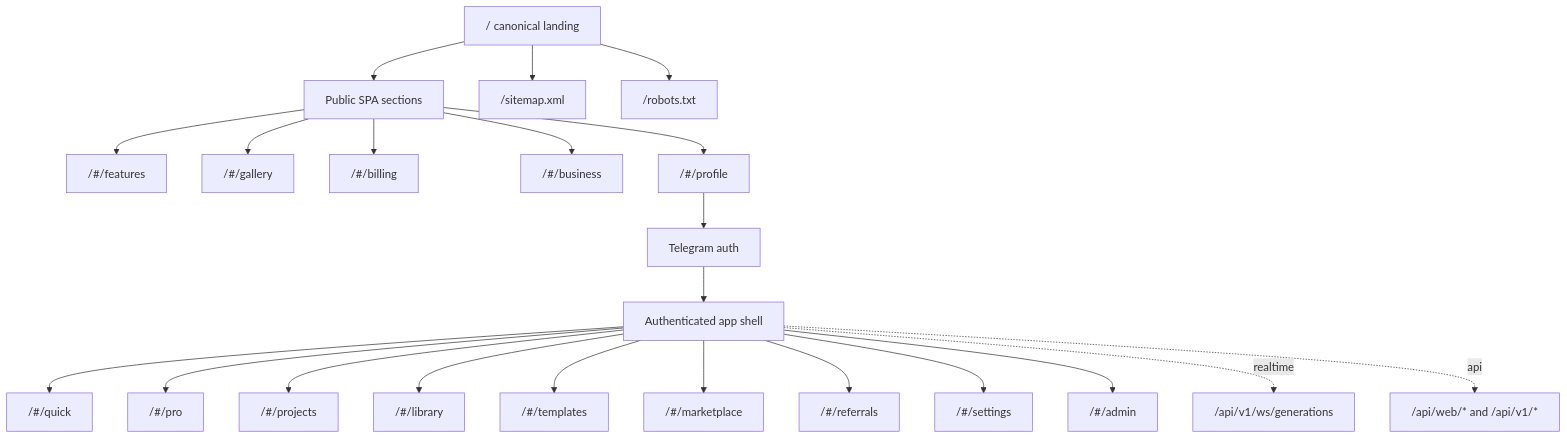
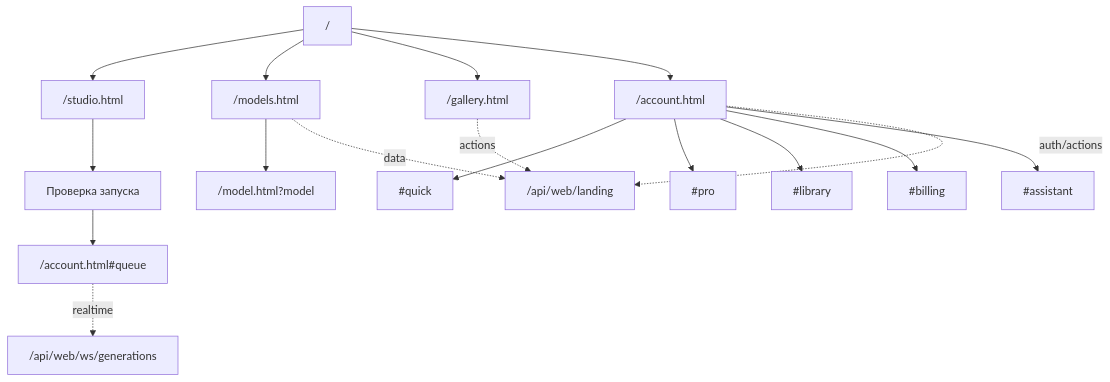
Before and after one commit to Bambale0/lena_bot: the diagram in artflow/docs/current_sitemap.md, drawn with Mermaid. The commit also changed other lines of this file and 67 other files, not shown here.

````diff
--- a/artflow/docs/current_sitemap.md
+++ b/artflow/docs/current_sitemap.md
@@ -53,26 +54,22 @@
 ```mermaid
 flowchart TD
-    root["/ canonical landing"] --> public["Public SPA sections"]
-    public --> features["/#/features"]
-    public --> gallery["/#/gallery"]
-    public --> billing["/#/billing"]
-    public --> business["/#/business"]
-    public --> profile["/#/profile"]
+    root["/"] --> studio["/studio.html"]
+    root --> models["/models.html"]
+    models --> model["/model.html?model"]
+    root --> gallery["/gallery.html"]
+    root --> account["/account.html"]
 
-    profile --> auth["Telegram auth"]
-    auth --> app["Authenticated app shell"]
-    app --> quick["/#/quick"]
-    app --> pro["/#/pro"]
-    app --> projects["/#/projects"]
-    app --> library["/#/library"]
-    app --> templates["/#/templates"]
-    app --> marketplace["/#/marketplace"]
-    app --> referrals["/#/referrals"]
-    app --> settings["/#/settings"]
-    app --> admin["/#/admin"]
+    studio --> review["Проверка запуска"]
+    review --> queue["/account.html#queue"]
 
-    root --> sitemap["/sitemap.xml"]
-    root --> robots["/robots.txt"]
-    app -. realtime .-> ws["/api/v1/ws/generations"]
-    app -. api .-> api["/api/web/* and /api/v1/*"]
+    account --> quick["#quick"]
+    account --> pro["#pro"]
+    account --> library["#library"]
+    account --> billing["#billing"]
+    account --> assistant["#assistant"]
+
+    models -. data .-> apiweb["/api/web/landing"]
+    gallery -. actions .-> apiweb
+    account -. auth/actions .-> apiweb
+    queue -. realtime .-> ws["/api/web/ws/generations"]
 ```
````
